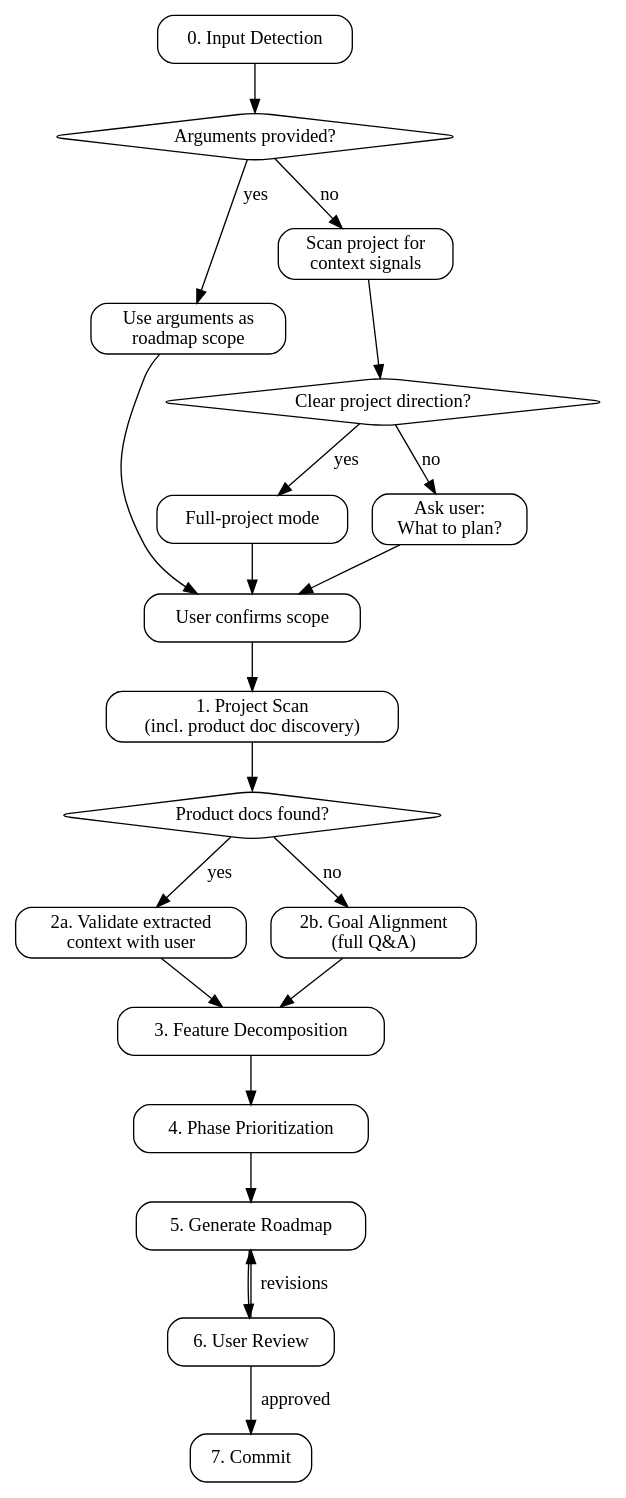
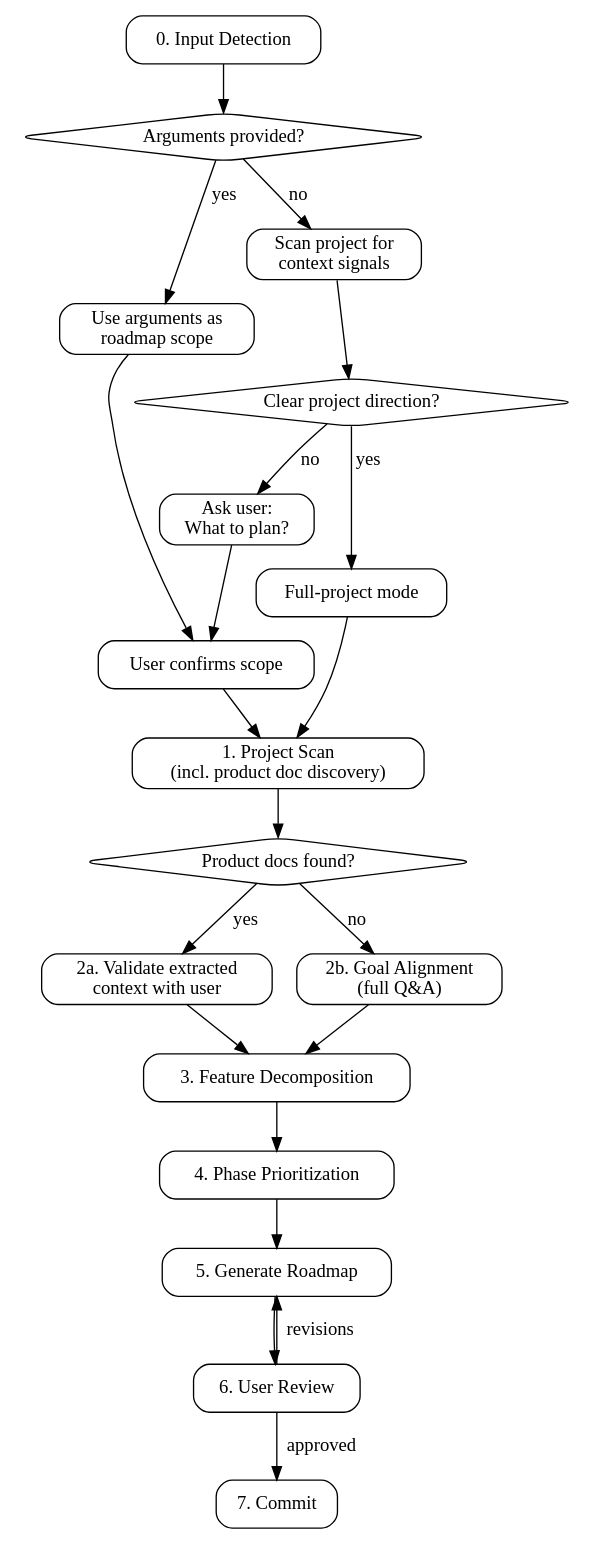
Before and after one commit to litecore-ai/ddd-coding-skills: the diagram in skills/ddd-roadmap/SKILL.md, drawn with Graphviz. The commit also changed other lines of this file and 12 other files, not shown here.

````diff
--- a/skills/ddd-roadmap/SKILL.md
+++ b/skills/ddd-roadmap/SKILL.md
@@ -22,42 +22,43 @@
 ```dot
 digraph roadmap_flow {
   rankdir=TB;
   node [shape=box, style=rounded];
 
   input [label="0. Input Detection"];
   has_args [label="Arguments provided?" shape=diamond];
   use_scope [label="Use arguments as\nroadmap scope"];
   detect_project [label="Scan project for\ncontext signals"];
   has_context [label="Clear project direction?" shape=diamond];
   full_project [label="Full-project mode"];
   ask_user [label="Ask user:\nWhat to plan?"];
   confirm [label="User confirms scope"];
   scan [label="1. Project Scan\n(incl. product doc discovery)"];
   has_docs [label="Product docs found?" shape=diamond];
   align_validate [label="2a. Validate extracted\ncontext with user"];
   align_ask [label="2b. Goal Alignment\n(full Q&A)"];
   decompose [label="3. Feature Decomposition"];
   prioritize [label="4. Phase Prioritization"];
   generate [label="5. Generate Roadmap"];
   review [label="6. User Review"];
   commit [label="7. Commit"];
 
   input -> has_args;
   has_args -> use_scope [label="yes"];
   has_args -> detect_project [label="no"];
   detect_project -> has_context;
   has_context -> full_project [label="yes"];
   has_context -> ask_user [label="no"];
   use_scope -> confirm;
-  full_project -> confirm;
+  full_project -> scan;
   ask_user -> confirm;
-  confirm -> scan -> has_docs;
+  confirm -> scan;
+  scan -> has_docs;
   has_docs -> align_validate [label="yes"];
   has_docs -> align_ask [label="no"];
   align_validate -> decompose;
   align_ask -> decompose;
   decompose -> prioritize -> generate -> review;
   review -> generate [label="revisions"];
   review -> commit [label="approved"];
 }
 ```
````
